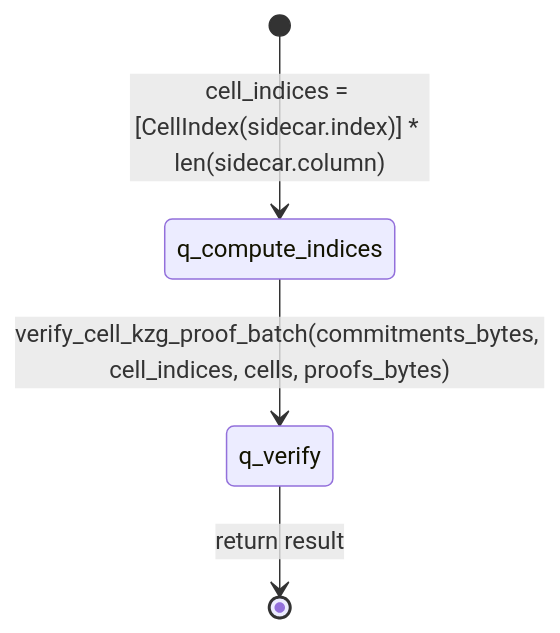
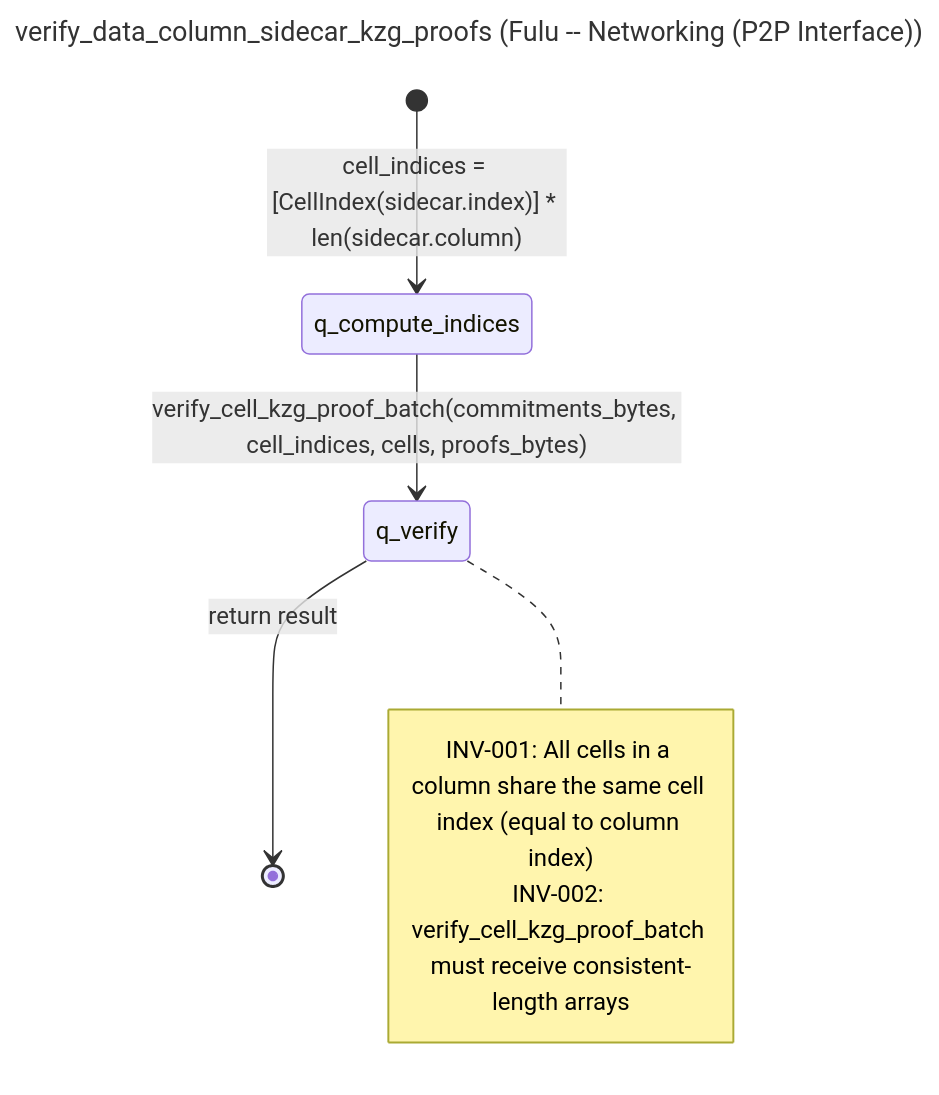
Before and after one commit to NyxFoundation/speca: the diagram in outputs/graphs/W1B2_1770278556/fulu-p2p-interface/SG-003_verify_data_column_sidecar_kzg_proofs.mmd, drawn with Mermaid. The commit also changed 144 other files, not shown here.

```diff
--- a/outputs/graphs/W1B2_1770278556/fulu-p2p-interface/SG-003_verify_data_column_sidecar_kzg_proofs.mmd
+++ b/outputs/graphs/W1B2_1770278556/fulu-p2p-interface/SG-003_verify_data_column_sidecar_kzg_proofs.mmd
@@ -1,5 +1,12 @@
+---
+title: "verify_data_column_sidecar_kzg_proofs (Fulu -- Networking (P2P Interface))"
+---
 stateDiagram-v2
     direction TB
     [*] --> q_compute_indices: cell_indices = [CellIndex(sidecar.index)] * len(sidecar.column)
     q_compute_indices --> q_verify: verify_cell_kzg_proof_batch(commitments_bytes, cell_indices, cells, proofs_bytes)
     q_verify --> [*]: return result
+    note right of q_verify
+        INV-001: All cells in a column share the same cell index (equal to column index)
+        INV-002: verify_cell_kzg_proof_batch must receive consistent-length arrays
+    end note
```
